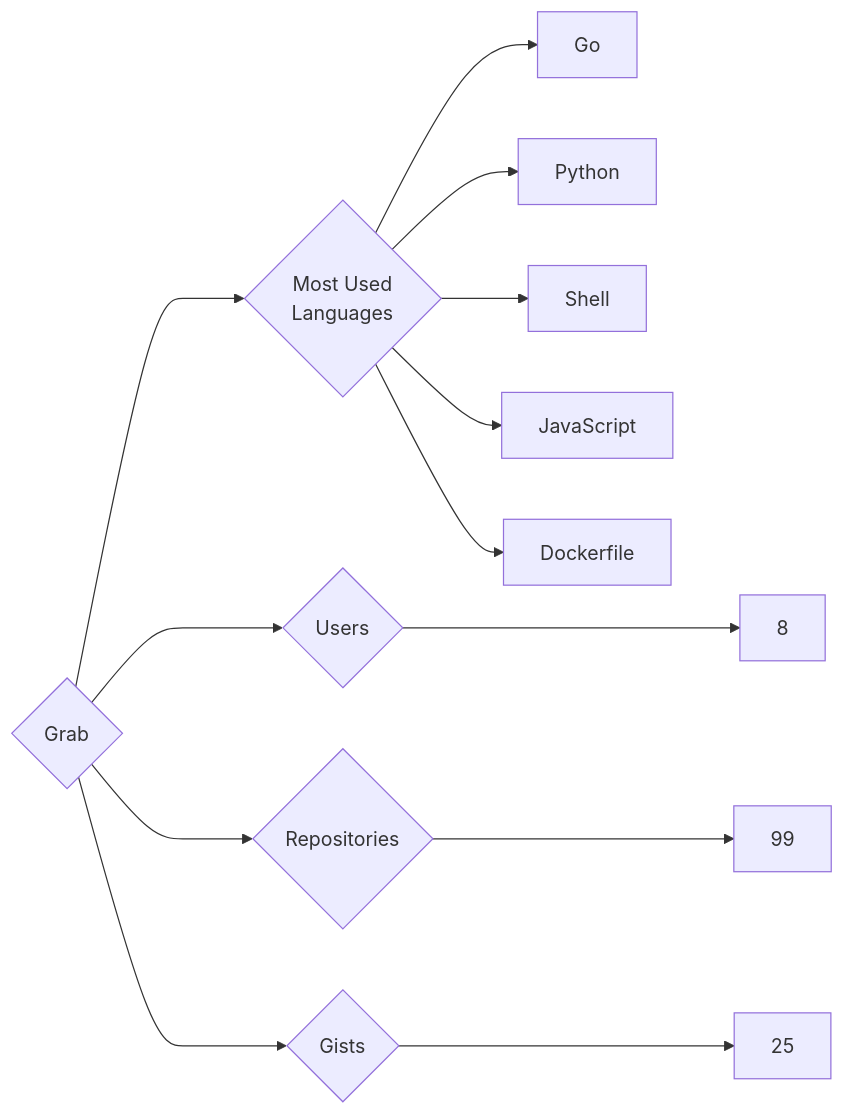
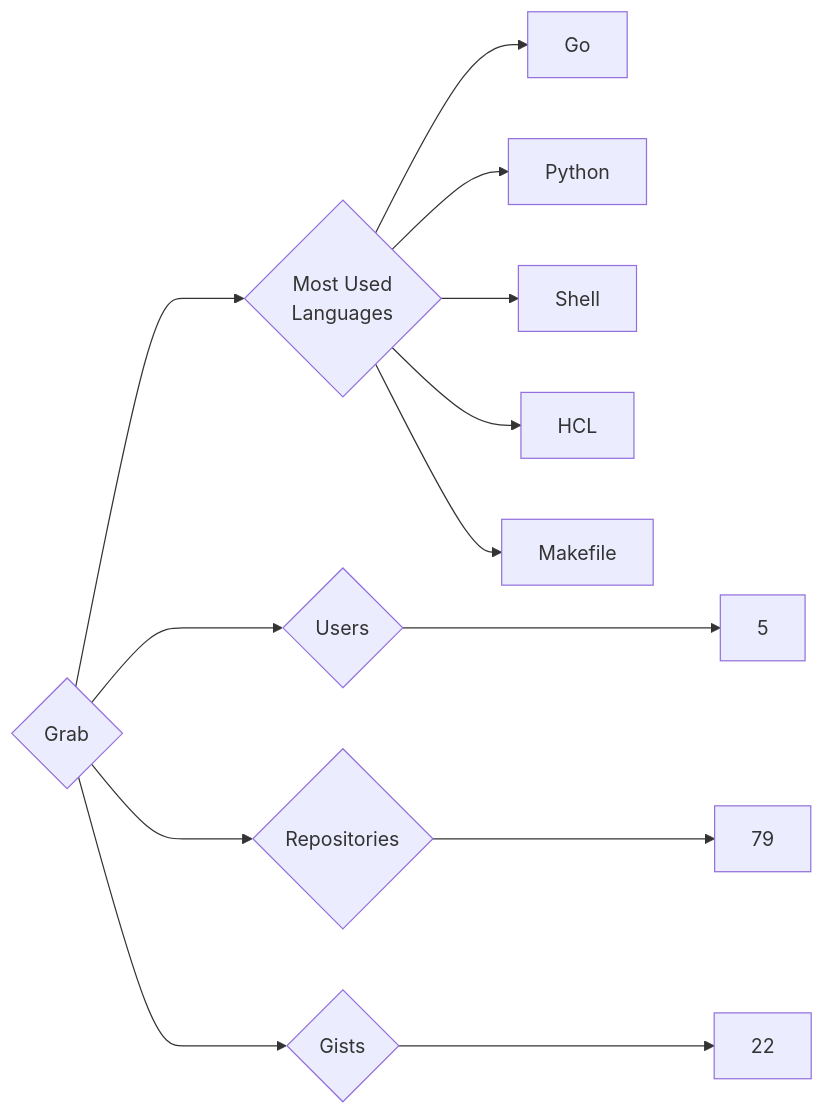
Before and after one commit to trickest/insiders: the diagram in targets/Grab/README.md, drawn with Mermaid. The commit also changed 1088 other files, not shown here.

````diff
--- a/targets/Grab/README.md
+++ b/targets/Grab/README.md
@@ -3,13 +3,13 @@
 ```mermaid
 graph LR
 COMPANY_NAME{Grab}
-COMPANY_NAME ---> U{Users} ---> UN[8]
-COMPANY_NAME ---> R{Repositories} ---> RN[99]
-COMPANY_NAME ---> G{Gists} ---> GN[25]
+COMPANY_NAME ---> U{Users} ---> UN[5]
+COMPANY_NAME ---> R{Repositories} ---> RN[79]
+COMPANY_NAME ---> G{Gists} ---> GN[22]
 COMPANY_NAME ---> ML{Most Used<br>Languages}
 ML --> Go[Go]
 ML --> Python[Python]
 ML --> Shell[Shell]
-ML --> JavaScript[JavaScript]
-ML --> Dockerfile[Dockerfile]
+ML --> HCL[HCL]
+ML --> Makefile[Makefile]
 ```
````
